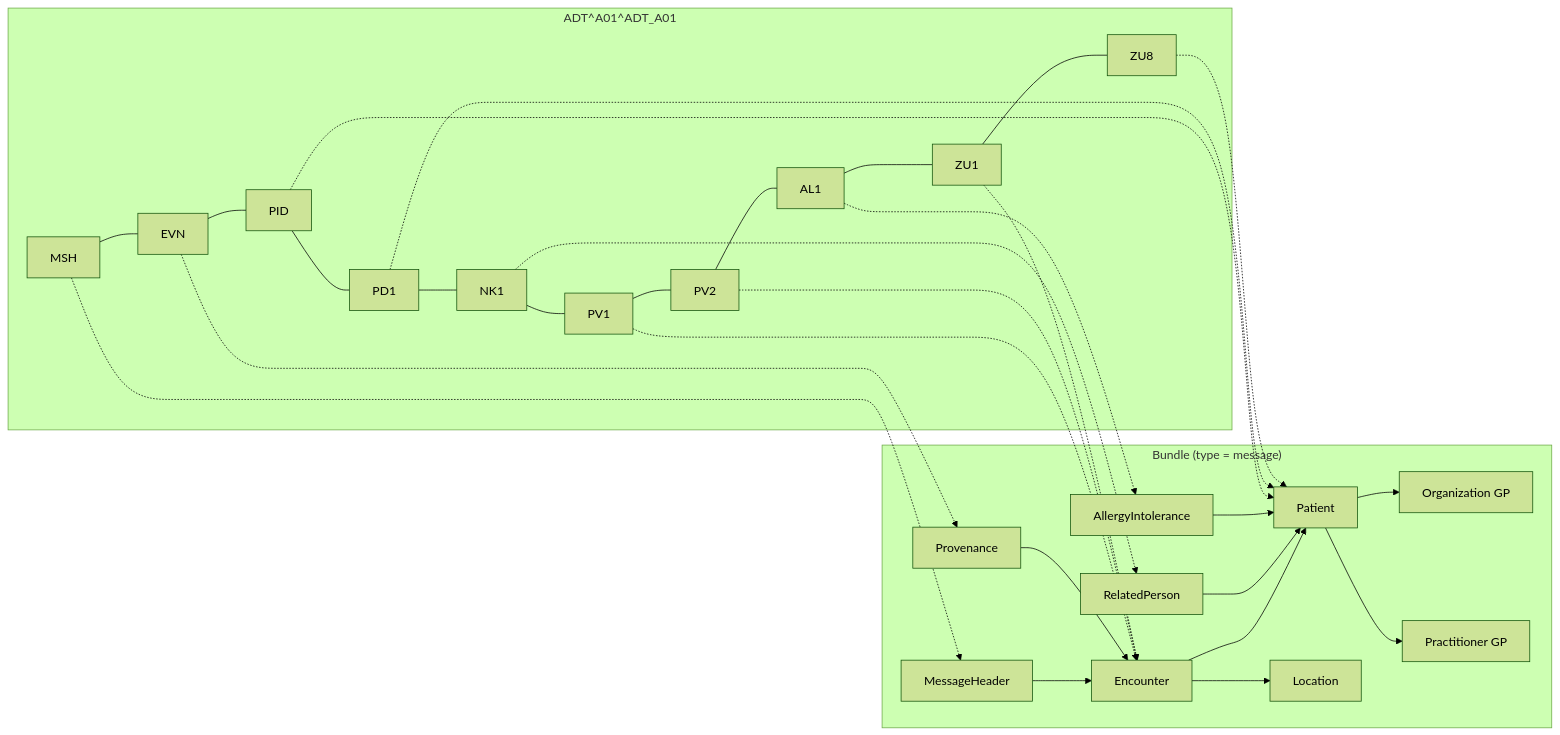
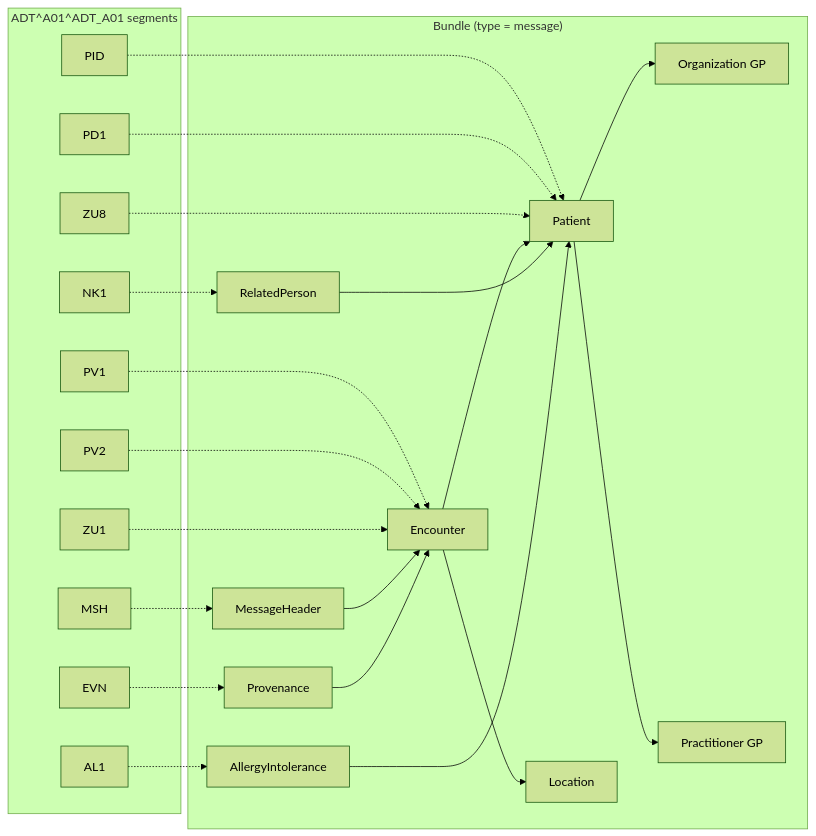
The diagram in input/pagecontent/v2-fhir-mapping.md (nw-gmsa/IHEUK-PAM-Unofficial), drawn with Mermaid (forest theme) before and after one commit. The commit also changed 3 other files, not shown here.

Commit message:
Narrow wide Mermaid diagrams so they stay readable in the 1100px content column

````diff
--- a/input/pagecontent/v2-fhir-mapping.md
+++ b/input/pagecontent/v2-fhir-mapping.md
@@ -28,26 +28,44 @@
 ```mermaid
 flowchart LR
-    subgraph v2["ADT^A01^ADT_A01"]
-        MSH --- EVN --- PID --- PD1 --- NK1 --- PV1 --- PV2 --- AL1 --- ZU1 --- ZU8
+    MSH -.-> MH[MessageHeader]
+    EVN -.-> PROV[Provenance]
+    PID -.-> PAT[Patient]
+    PD1 -.-> PAT
+    ZU8 -.-> PAT
+    NK1 -.-> RP[RelatedPerson]
+    PV1 -.-> ENC[Encounter]
+    PV2 -.-> ENC
+    ZU1 -.-> ENC
+    AL1 -.-> AI[AllergyIntolerance]
+    MH --> ENC
+    PROV --> ENC
+    ENC --> PAT
+    RP --> PAT
+    AI --> PAT
+    PAT --> ORG[Organization GP]
+    PAT --> PRAC[Practitioner GP]
+    ENC --> LOC[Location]
+    subgraph v2["ADT^A01^ADT_A01 segments"]
+        MSH
+        EVN
+        PID
+        PD1
+        ZU8
+        NK1
+        PV1
+        PV2
+        ZU1
+        AL1
     end
     subgraph fhir["Bundle (type = message)"]
-        MH[MessageHeader] --> ENC[Encounter]
-        PROV[Provenance] --> ENC
-        ENC --> PAT[Patient]
-        RP[RelatedPerson] --> PAT
-        AI[AllergyIntolerance] --> PAT
-        PAT --> ORG[Organization GP]
-        PAT --> PRAC[Practitioner GP]
-        ENC --> LOC[Location]
+        MH
+        PROV
+        ENC
+        PAT
+        RP
+        AI
+        ORG
+        PRAC
+        LOC
     end
-    MSH -.-> MH
-    EVN -.-> PROV
-    PID -.-> PAT
-    PD1 -.-> PAT
-    NK1 -.-> RP
-    PV1 -.-> ENC
-    PV2 -.-> ENC
-    ZU1 -.-> ENC
-    AL1 -.-> AI
-    ZU8 -.-> PAT
 ```
````
